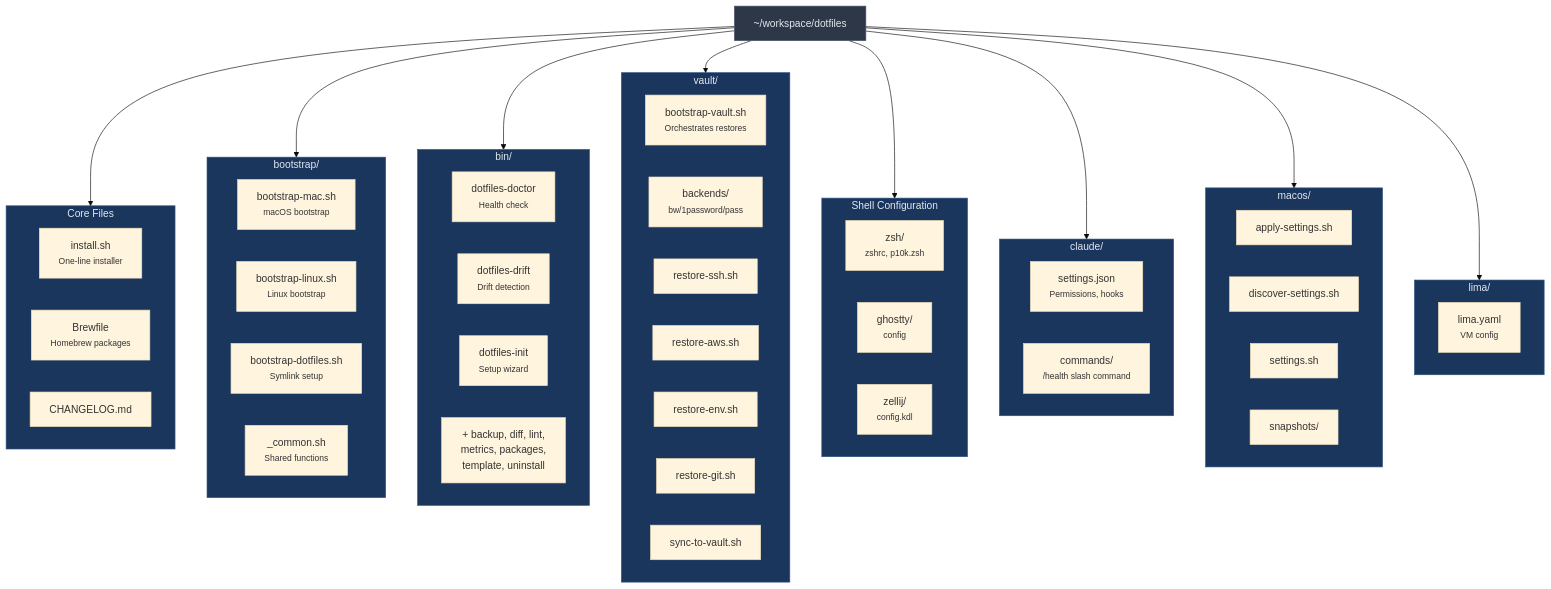
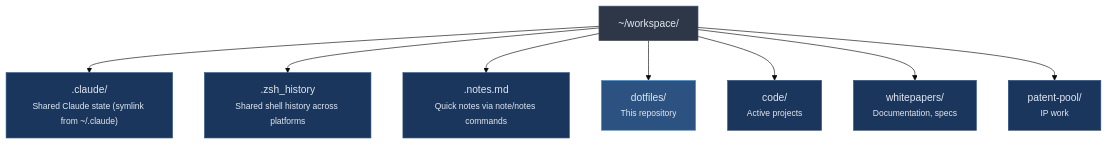
The second of 4 diagrams in docs/README-FULL.md (blackwell-systems/blackdot), drawn with Mermaid (base theme) before and after one commit. The commit also changed other lines of this file, not shown here.

First line of the commit message:
Complete diagram modernization in README-FULL

````diff
--- a/docs/README-FULL.md
+++ b/docs/README-FULL.md
@@ -114,75 +382,29 @@
 ```mermaid
 graph TB
-    root["~/workspace/dotfiles"]
+    workspace["~/workspace/"]
 
-    subgraph core["Core Files"]
-        install["install.sh<br/><small>One-line installer</small>"]
-        brewfile["Brewfile<br/><small>Homebrew packages</small>"]
-        changelog["CHANGELOG.md"]
-    end
+    claude[".claude/<br/><small>Shared Claude state (symlink from ~/.claude)</small>"]
+    history[".zsh_history<br/><small>Shared shell history across platforms</small>"]
+    notes[".notes.md<br/><small>Quick notes via note/notes commands</small>"]
+    dotfiles["dotfiles/<br/><small>This repository</small>"]
+    code["code/<br/><small>Active projects</small>"]
+    whitepapers["whitepapers/<br/><small>Documentation, specs</small>"]
+    patents["patent-pool/<br/><small>IP work</small>"]
 
-    subgraph bootstrap_g["bootstrap/"]
-        bootstrap_mac["bootstrap-mac.sh<br/><small>macOS bootstrap</small>"]
-        bootstrap_linux["bootstrap-linux.sh<br/><small>Linux bootstrap</small>"]
-        bootstrap_dotfiles["bootstrap-dotfiles.sh<br/><small>Symlink setup</small>"]
-        bootstrap_common["_common.sh<br/><small>Shared functions</small>"]
-    end
+    workspace --> claude
+    workspace --> history
+    workspace --> notes
+    workspace --> dotfiles
+    workspace --> code
+    workspace --> whitepapers
+    workspace --> patents
 
-    subgraph bin_g["bin/"]
-        bin_doctor["dotfiles-doctor<br/><small>Health check</small>"]
-        bin_drift["dotfiles-drift<br/><small>Drift detection</small>"]
-        bin_init["dotfiles-init<br/><small>Setup wizard</small>"]
-        bin_more["+ backup, diff, lint,<br/>metrics, packages,<br/>template, uninstall"]
-    end
-
-    subgraph vault_g["vault/"]
-        vault_bootstrap["bootstrap-vault.sh<br/><small>Orchestrates restores</small>"]
-        vault_backends["backends/<br/><small>bw/1password/pass</small>"]
-        vault_restore_ssh["restore-ssh.sh"]
-        vault_restore_aws["restore-aws.sh"]
-        vault_restore_env["restore-env.sh"]
-        vault_restore_git["restore-git.sh"]
-        vault_sync["sync-to-vault.sh"]
-    end
-
-    subgraph shell["Shell Configuration"]
-        zsh_dir["zsh/<br/><small>zshrc, p10k.zsh</small>"]
-        ghostty_dir["ghostty/<br/><small>config</small>"]
-        zellij_dir["zellij/<br/><small>config.kdl</small>"]
-    end
-
-    subgraph claude_g["claude/"]
-        claude_settings["settings.json<br/><small>Permissions, hooks</small>"]
-        claude_commands["commands/<br/><small>/health slash command</small>"]
-    end
-
-    subgraph macos_g["macos/"]
-        macos_apply["apply-settings.sh"]
-        macos_discover["discover-settings.sh"]
-        macos_settings["settings.sh"]
-        macos_snapshots["snapshots/"]
-    end
-
-    subgraph lima_g["lima/"]
-        lima_yaml["lima.yaml<br/><small>VM config</small>"]
-    end
-
-    root --> core
-    root --> bootstrap_g
-    root --> bin_g
-    root --> vault_g
-    root --> shell
-    root --> claude_g
-    root --> macos_g
-    root --> lima_g
-
-    style root fill:#2d3748,stroke:#4a5568,color:#e2e8f0
-    style core fill:#1a365d,stroke:#2c5282,color:#e2e8f0
-    style bootstrap_g fill:#1a365d,stroke:#2c5282,color:#e2e8f0
-    style bin_g fill:#1a365d,stroke:#2c5282,color:#e2e8f0
-    style vault_g fill:#1a365d,stroke:#2c5282,color:#e2e8f0
-    style shell fill:#1a365d,stroke:#2c5282,color:#e2e8f0
-    style claude_g fill:#1a365d,stroke:#2c5282,color:#e2e8f0
-    style macos_g fill:#1a365d,stroke:#2c5282,color:#e2e8f0
-    style lima_g fill:#1a365d,stroke:#2c5282,color:#e2e8f0
+    style workspace fill:#2d3748,stroke:#4a5568,color:#e2e8f0
+    style claude fill:#1a365d,stroke:#2c5282,color:#e2e8f0
+    style history fill:#1a365d,stroke:#2c5282,color:#e2e8f0
+    style notes fill:#1a365d,stroke:#2c5282,color:#e2e8f0
+    style dotfiles fill:#2c5282,stroke:#4299e1,color:#e2e8f0
+    style code fill:#1a365d,stroke:#2c5282,color:#e2e8f0
+    style whitepapers fill:#1a365d,stroke:#2c5282,color:#e2e8f0
+    style patents fill:#1a365d,stroke:#2c5282,color:#e2e8f0
 ```
````
